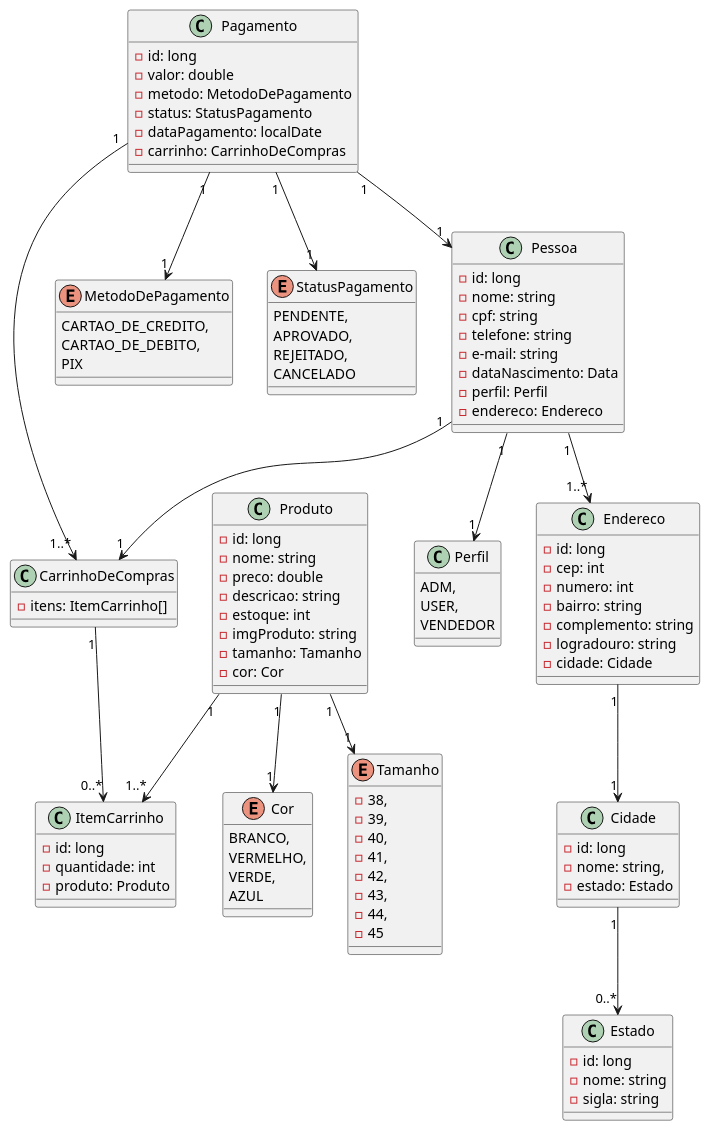
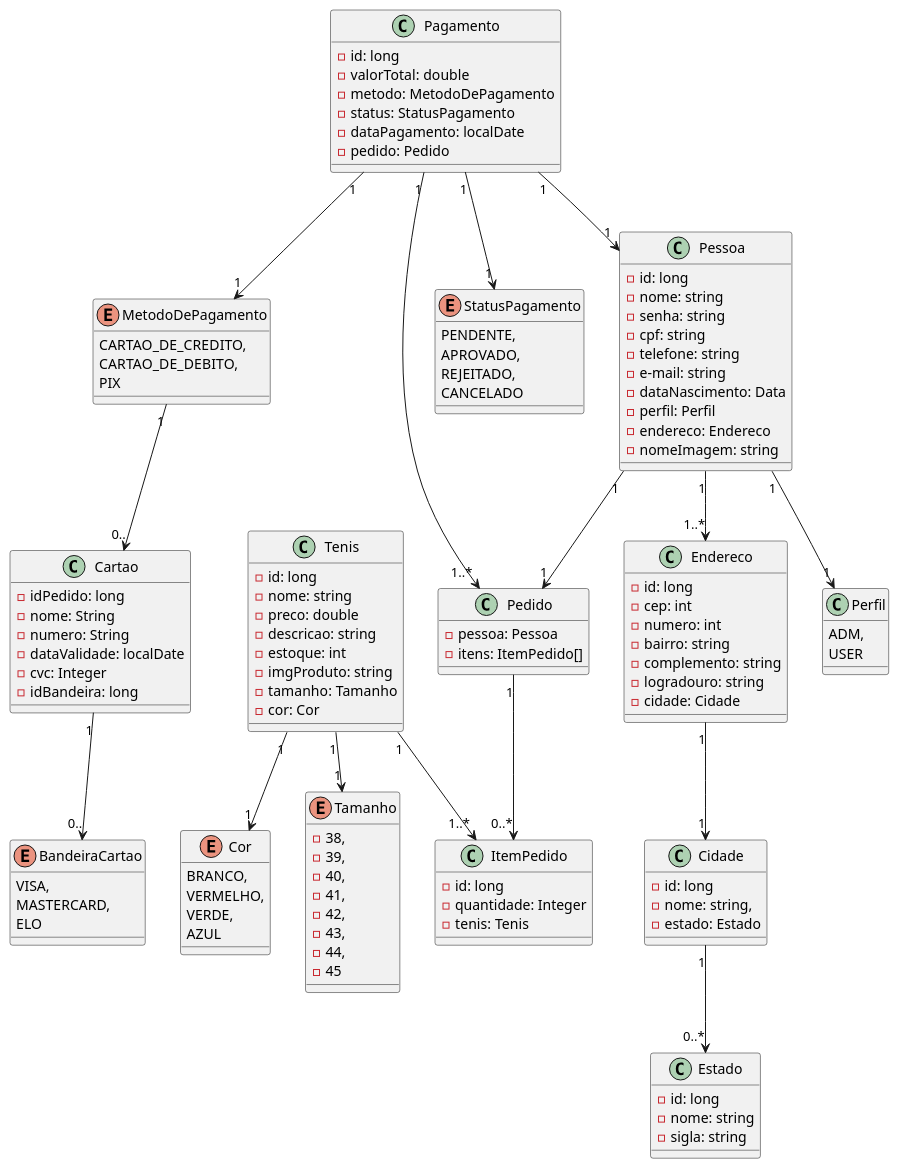
One commit to ThiagoShowza/back-end-topicos2 changed the diagram in src/main/resources/docs/diagrama.plantuml. Above: the diagram before and after it, drawn with PlantUML. The commit also changed 5 other files, not shown here.

```diff
--- a/src/main/resources/docs/diagrama.plantuml
+++ b/src/main/resources/docs/diagrama.plantuml
@@ -1,130 +1,152 @@
 @startuml
 
-class Produto { 
+class Tenis {
+
     - id: long
     - nome: string
     - preco: double
     - descricao: string
     - estoque: int
     - imgProduto: string
     - tamanho: Tamanho
     - cor: Cor
 }
 
-class ItemCarrinho{
+class ItemPedido{
     - id: long
-    - quantidade: int
-    - produto: Produto
+    - quantidade: Integer
+    - tenis: Tenis
 }
 
-class CarrinhoDeCompras {
-    - itens: ItemCarrinho[]
+class Pedido {
+    - pessoa: Pessoa
+    - itens: ItemPedido[]
 }
 
 enum Cor{
     BRANCO,
     VERMELHO,
     VERDE,
     AZUL
 }
 
 enum Tamanho {
     - 38,
     - 39,
     - 40,
     - 41,
     - 42,
     - 43,
     - 44,
     - 45
 }
 
 class Pagamento {
     - id: long
-    - valor: double
+    - valorTotal: double
     - metodo: MetodoDePagamento
     - status: StatusPagamento
     - dataPagamento: localDate
-    - carrinho: CarrinhoDeCompras
+    - pedido: Pedido
 }
 
 enum MetodoDePagamento {
     CARTAO_DE_CREDITO,
     CARTAO_DE_DEBITO,
     PIX
 }
 
 enum StatusPagamento {
     PENDENTE,
     APROVADO,
     REJEITADO,
     CANCELADO
 }
 
+class Cartao {
+    - idPedido: long
+    - nome: String
+    - numero: String
+    - dataValidade: localDate
+    -cvc: Integer
+    -idBandeira: long
+}
+
+enum BandeiraCartao{
+    VISA,
+    MASTERCARD,
+    ELO
+}
+
 class Perfil {
     ADM,
-    USER,
-    VENDEDOR
+    USER
 }
 
 class Pessoa {
     - id: long
     - nome: string
+    - senha: string
     - cpf: string
     - telefone: string
     - e-mail: string
     - dataNascimento: Data
     - perfil: Perfil
     - endereco: Endereco
+    - nomeImagem: string
 }
 
 class Endereco {
     - id: long
     - cep: int
     - numero: int
     - bairro: string
     - complemento: string
     - logradouro: string
     - cidade: Cidade
 }
 
 class Cidade {
     - id: long
     - nome: string,
     - estado: Estado
 }
 
 class Estado {
     - id: long
     - nome: string
     - sigla: string
 }
 
 
-Produto "1" --> "1..*" ItemCarrinho
+Tenis "1" --> "1..*" ItemPedido
 
-Produto "1" --> "1" Cor
+Tenis "1" --> "1" Cor
 
-Produto "1" --> "1" Tamanho
+Tenis "1" --> "1" Tamanho
 
-CarrinhoDeCompras "1" --> "0..*" ItemCarrinho
+Pedido "1" --> "0..*" ItemPedido
 
 Pessoa "1" --> "1" Perfil
 
-Pessoa "1" --> "1" CarrinhoDeCompras
+Pessoa "1" --> "1" Pedido
 
 Pessoa "1" --> "1..*" Endereco
 
 Endereco "1" --> "1" Cidade
 
 Cidade "1" --> "0..*" Estado
 
-Pagamento "1" --> "1..*" CarrinhoDeCompras
+Pagamento "1" --> "1..*" Pedido
 
 Pagamento "1" --> "1" Pessoa
 
 Pagamento "1" --> "1" MetodoDePagamento
 
+MetodoDePagamento "1" --> "0.." Cartao
+
+Cartao "1" --> "0.." BandeiraCartao
+
 Pagamento "1" --> "1" StatusPagamento
 
 @enduml
```
